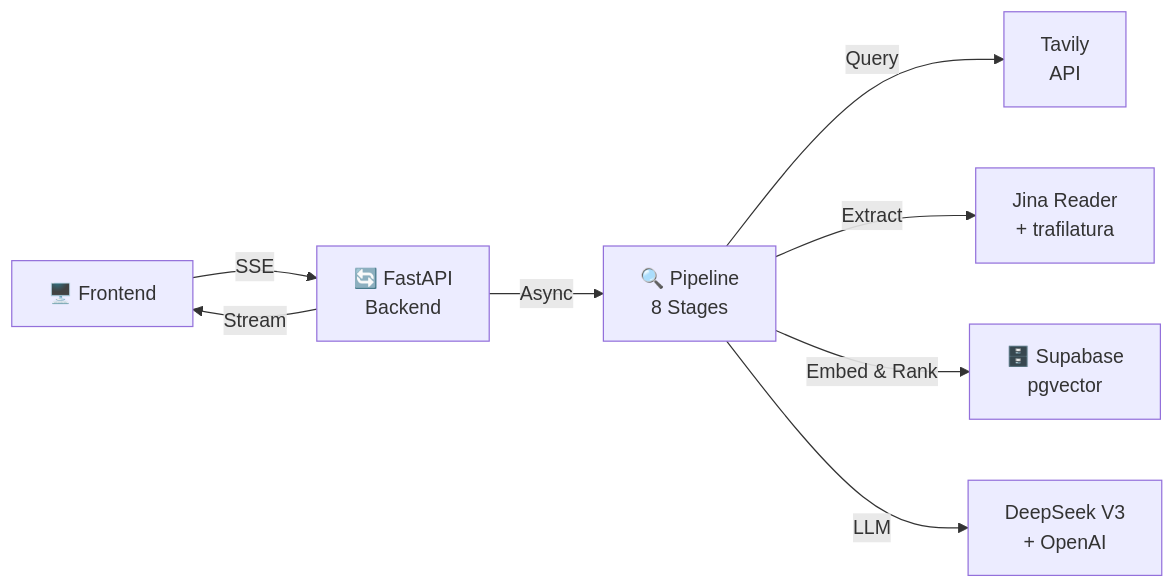
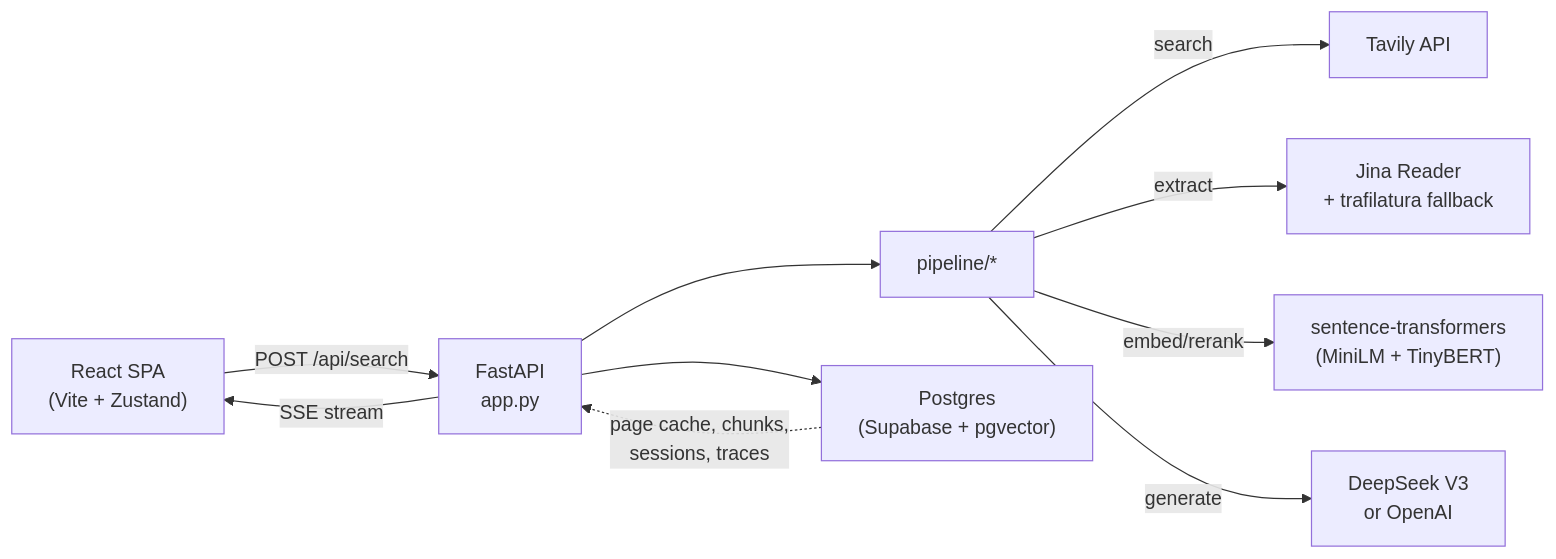
One commit to swapnil18800/weblens changed the first of 3 diagrams in docs/ARCHITECTURE.md. Above: the diagram before and after it, drawn with Mermaid. The commit also changed other lines of this file and 33 other files, not shown here.

````diff
--- a/docs/ARCHITECTURE.md
+++ b/docs/ARCHITECTURE.md
@@ -9,10 +16,12 @@
 ```mermaid
 graph LR
-    A["🖥️ Frontend"] -->|SSE| B["🔄 FastAPI<br/>Backend"]
-    B -->|Stream| A
-    B -->|Async| C["🔍 Pipeline<br/>8 Stages"]
-    C -->|Query| D["Tavily<br/>API"]
-    C -->|Extract| E["Jina Reader<br/>+ trafilatura"]
-    C -->|Embed & Rank| F["🗄️ Supabase<br/>pgvector"]
-    C -->|LLM| G["DeepSeek V3<br/>+ OpenAI"]
+    A["React SPA<br/>(Vite + Zustand)"] -->|POST /api/search| B["FastAPI<br/>app.py"]
+    B -->|SSE stream| A
+    B --> C["pipeline/*"]
+    C -->|search| D["Tavily API"]
+    C -->|extract| E["Jina Reader<br/>+ trafilatura fallback"]
+    C -->|embed/rerank| F["sentence-transformers<br/>(MiniLM + TinyBERT)"]
+    C -->|generate| G["DeepSeek V3<br/>or OpenAI"]
+    B --> H["Postgres<br/>(Supabase + pgvector)"]
+    H -.->|page cache, chunks,<br/>sessions, traces| B
 ```
````
